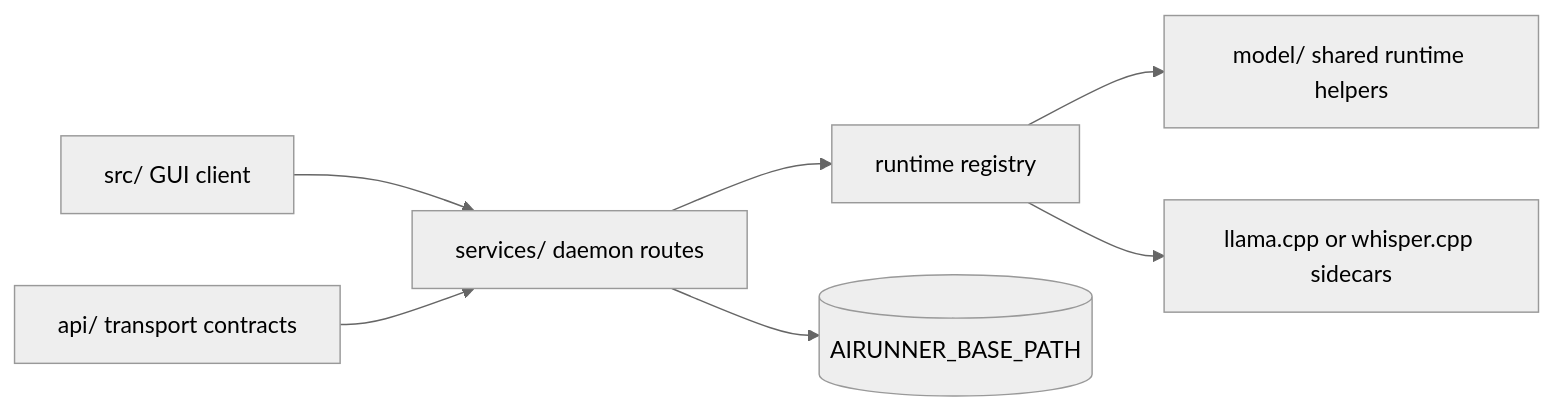
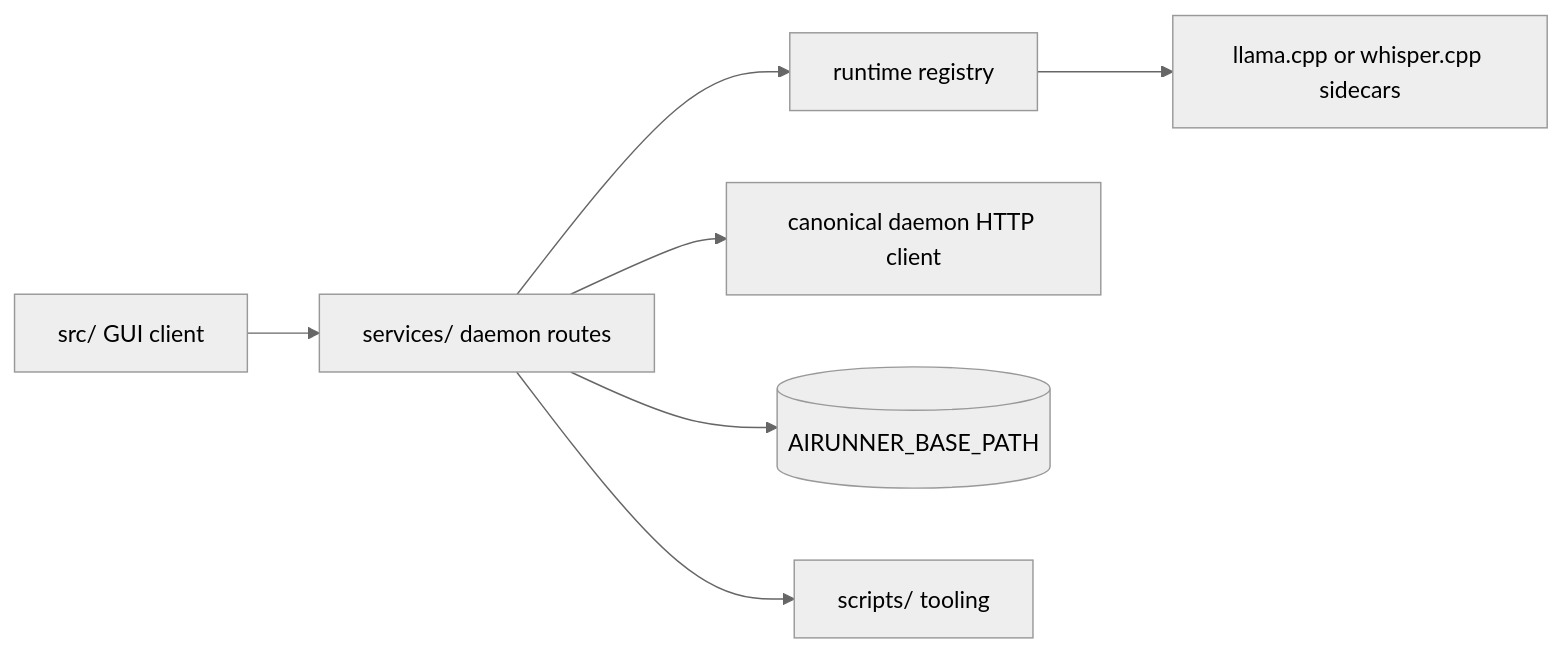
The diagram in services/README.md (Capsize-Games/airunner), drawn with Mermaid (neutral theme) before and after one commit. The commit also changed other lines of this file and 10 other files, not shown here.

````diff
--- a/services/README.md
+++ b/services/README.md
@@ -8,9 +8,9 @@
 ```mermaid
 flowchart LR
     GUI[src/ GUI client] --> Daemon[services/ daemon routes]
-    API[api/ transport contracts] --> Daemon
     Daemon --> Registry[runtime registry]
-    Registry --> Model[model/ shared runtime helpers]
+    Daemon --> Client[canonical daemon HTTP client]
     Registry --> Sidecars[llama.cpp or whisper.cpp sidecars]
     Daemon --> Data[(AIRUNNER_BASE_PATH)]
+    Daemon --> Scripts[scripts/ tooling]
 ```
````
